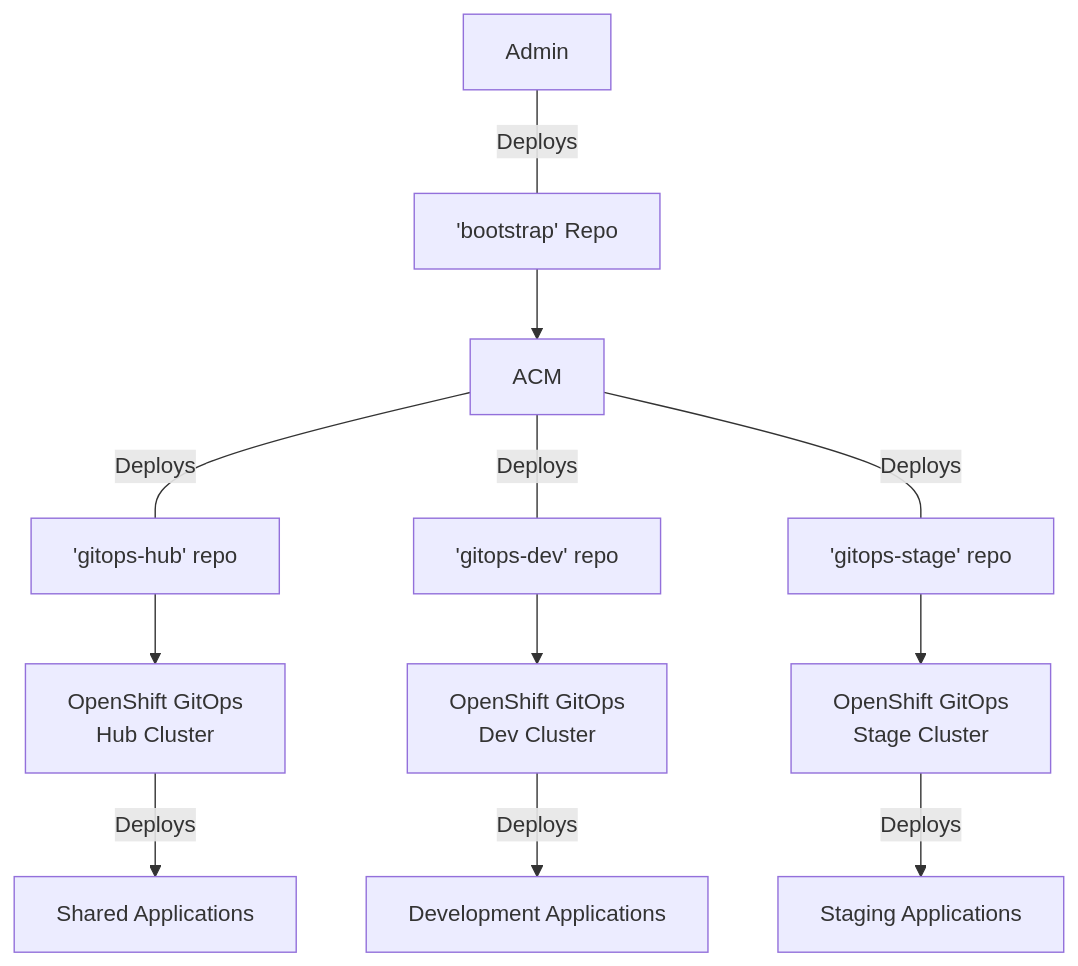
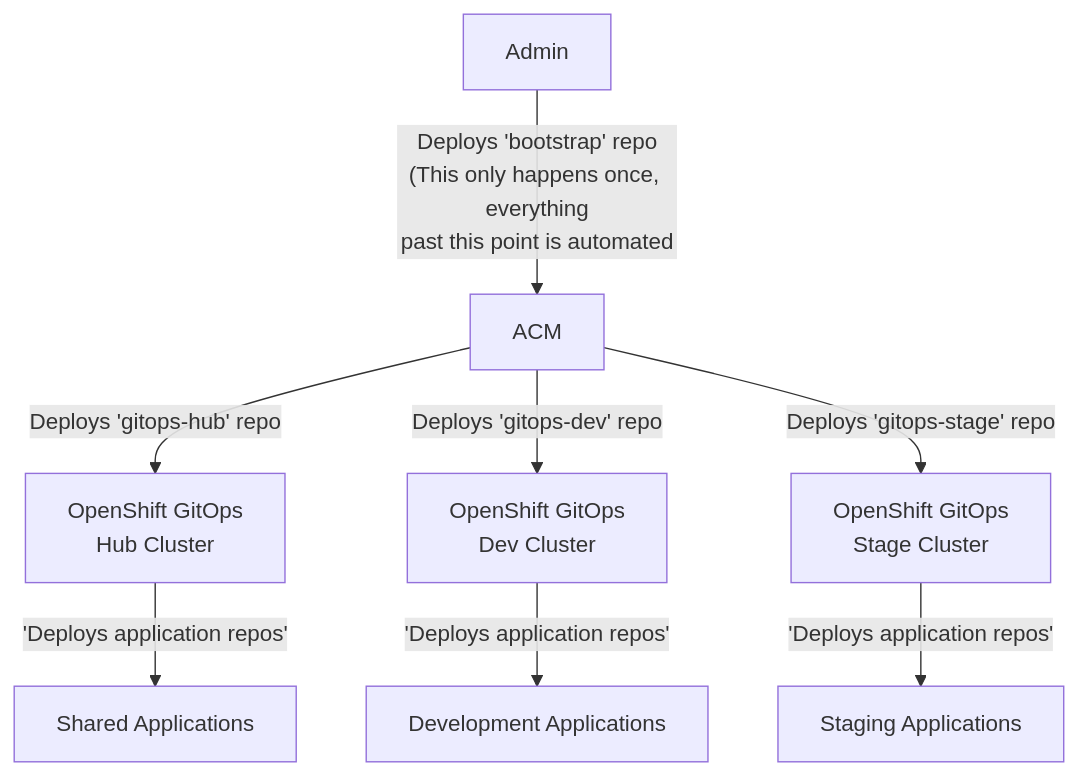
Before and after one commit to hello-world-gitops/.github: the second of 2 diagrams in profile/README.md, drawn with Mermaid.

Commit message:
Simplify repos diagram

````diff
--- a/profile/README.md
+++ b/profile/README.md
@@ -38,34 +38,24 @@
 ```mermaid
 graph TD
         Admin
 
-        BootstrapRepo["'bootstrap' Repo"]
-
         ACM
-
-        GitOpsHubRepo["'gitops-hub' repo"]
-        GitOpsDevRepo["'gitops-dev' repo"]
-        GitOpsStageRepo["'gitops-stage' repo"]
 
         GitOpsDev["OpenShift GitOps<br />Dev Cluster"]
         GitOpsStage["OpenShift GitOps<br />Stage Cluster"]
         GitOpsHub["OpenShift GitOps<br />Hub Cluster"]
 
         DevApplications["Development Applications"]
         StageApplications["Staging Applications"]
         SharedApplications["Shared Applications"]
 
-        Admin -- Deploys --- BootstrapRepo
-        BootstrapRepo --> ACM
+        Admin -- "Deploys 'bootstrap' repo<br />(This only happens once, everything<br />past this point is automated" --> ACM
 
-        ACM -- Deploys --- GitOpsHubRepo
-        ACM -- Deploys --- GitOpsDevRepo
-        ACM -- Deploys --- GitOpsStageRepo
-        GitOpsHubRepo --> GitOpsHub
-        GitOpsDevRepo --> GitOpsDev
-        GitOpsStageRepo --> GitOpsStage
+        ACM -- "Deploys 'gitops-hub' repo" --> GitOpsHub
+        ACM -- "Deploys 'gitops-dev' repo" --> GitOpsDev
+        ACM -- "Deploys 'gitops-stage' repo" --> GitOpsStage
 
-        GitOpsHub -- Deploys --> SharedApplications
-        GitOpsDev -- Deploys --> DevApplications
-        GitOpsStage -- Deploys --> StageApplications
+        GitOpsHub -- 'Deploys application repos' --> SharedApplications
+        GitOpsDev -- 'Deploys application repos' --> DevApplications
+        GitOpsStage -- 'Deploys application repos' --> StageApplications
 ```
````
